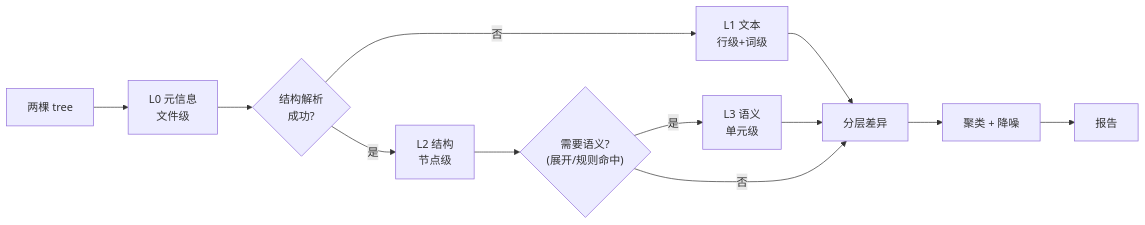
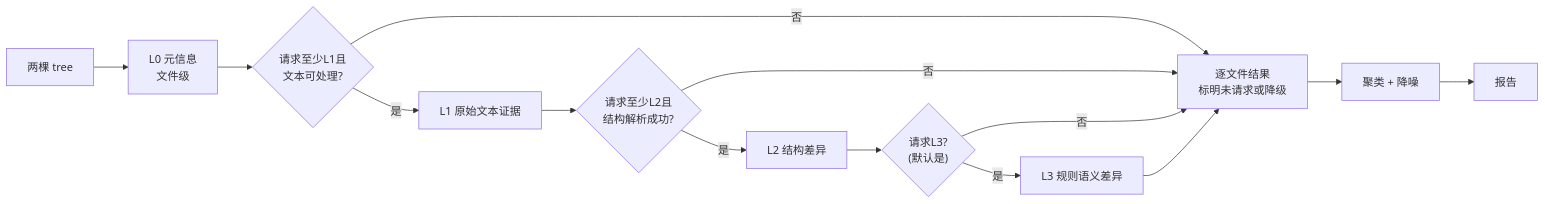
Before and after one commit to liushuai-man/SkillForge: the fifth of 5 diagrams in docs/SkillForge 版本管理器设计文档.md, drawn with Mermaid. The commit also changed other lines of this file and 17 other files, not shown here.

````diff
--- a/docs/SkillForge 版本管理器设计文档.md
+++ b/docs/SkillForge 版本管理器设计文档.md
@@ -601,13 +630,15 @@
 ```mermaid
 flowchart LR
   IN["两棵 tree"] --> L0["L0 元信息<br/>文件级"]
-  L0 --> Q1{"结构解析<br/>成功?"}
-  Q1 -- "否" --> L1["L1 文本<br/>行级+词级"]
-  Q1 -- "是" --> L2["L2 结构<br/>节点级"]
-  L2 --> Q2{"需要语义?<br/>(展开/规则命中)"}
-  Q2 -- "是" --> L3["L3 语义<br/>单元级"]
+  L0 --> Q0{"请求至少L1且<br/>文本可处理?"}
+  Q0 -- "否" --> OUT["逐文件结果<br/>标明未请求或降级"]
+  Q0 -- "是" --> L1["L1 原始文本证据"]
+  L1 --> Q1{"请求至少L2且<br/>结构解析成功?"}
+  Q1 -- "否" --> OUT
+  Q1 -- "是" --> L2["L2 结构差异"]
+  L2 --> Q2{"请求L3?<br/>(默认是)"}
   Q2 -- "否" --> OUT
-  L1 --> OUT["分层差异"]
+  Q2 -- "是" --> L3["L3 规则语义差异"]
   L3 --> OUT
   OUT --> CL["聚类 + 降噪"] --> RP["报告"]
 ```
````
